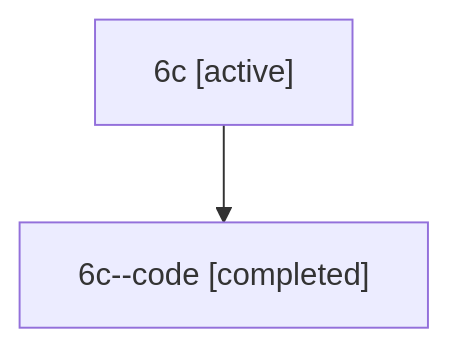
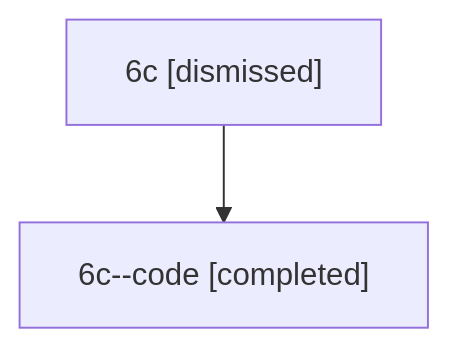
One commit to sase-org/sase--agents changed the diagram in sessions/bbugyi200.athena.6c.md. Above: the diagram before and after it, drawn with Mermaid. The commit also changed other lines of this file and 17 other files, not shown here.

````diff
--- a/sessions/bbugyi200.athena.6c.md
+++ b/sessions/bbugyi200.athena.6c.md
@@ -9,6 +9,6 @@
 ```mermaid
 flowchart TD
-  n0["6c [active]"]
+  n0["6c [dismissed]"]
   n1["6c--code [completed]"]
   n0 --> n1
 ```
````
